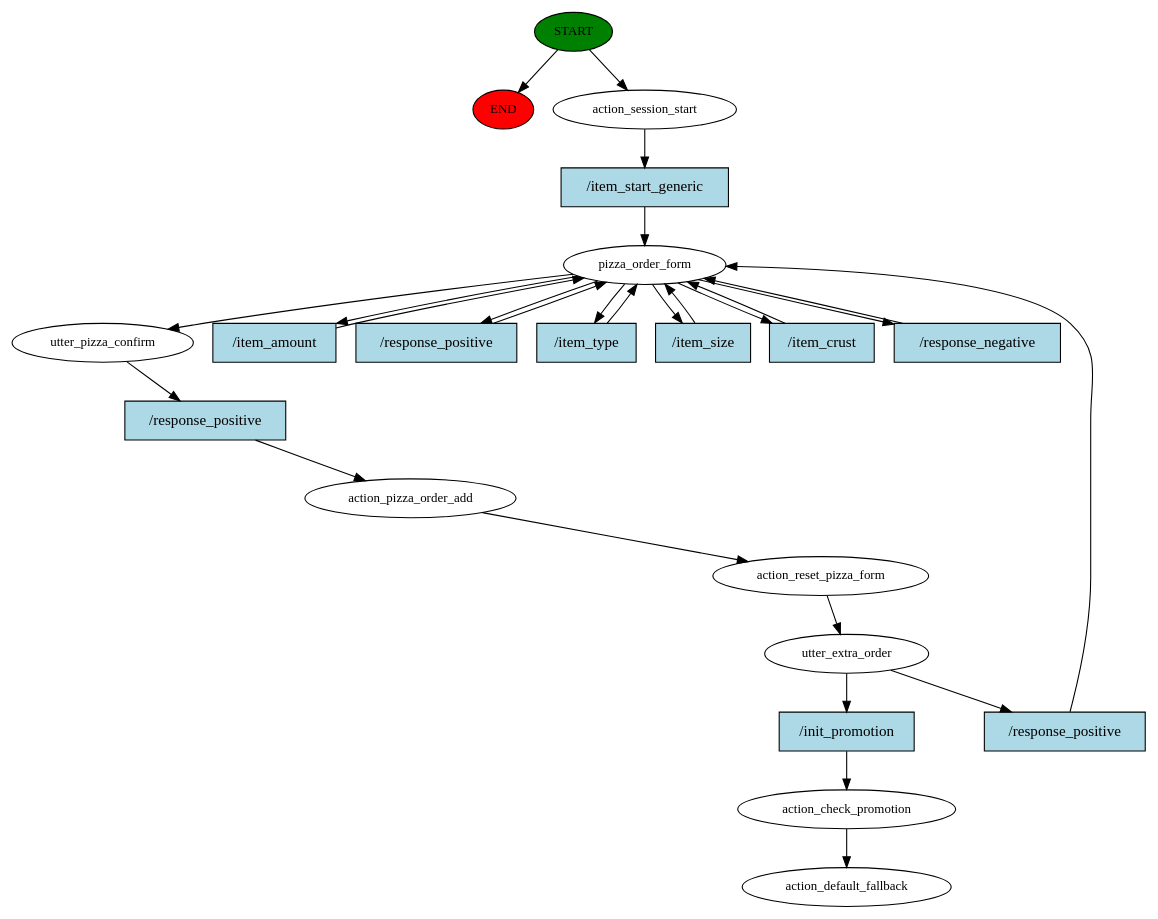
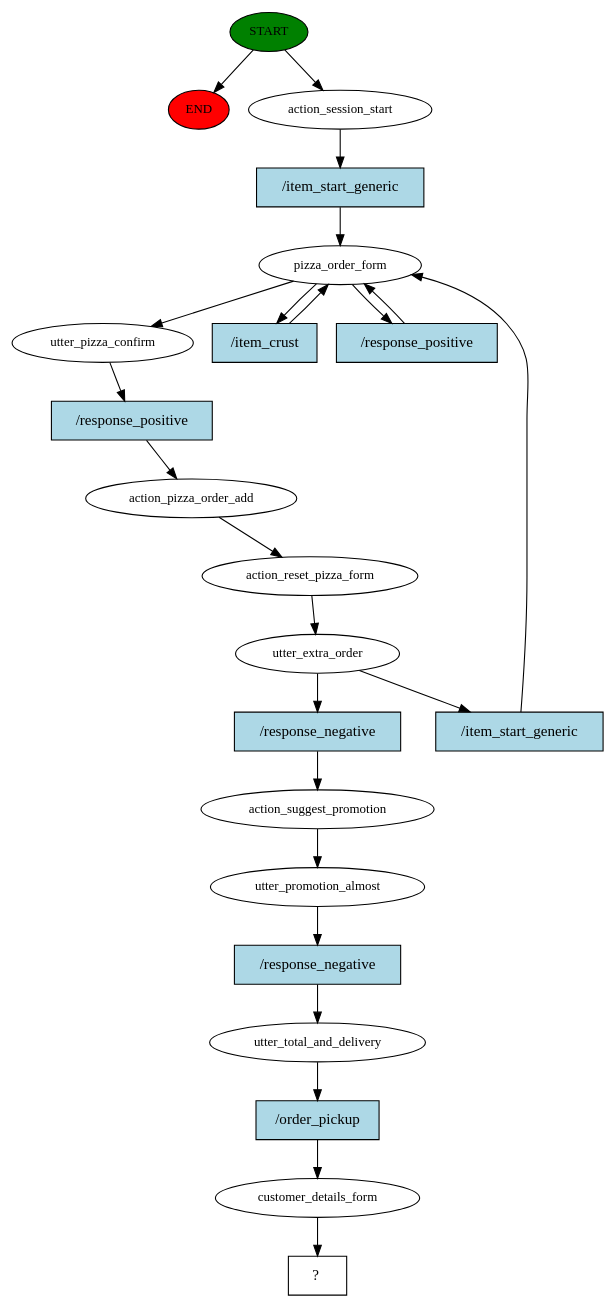
The diagram in story_graph.dot (pasterzewa/HMD-PizzaBot-project), drawn with Graphviz before and after one commit. The commit also changed 321 other files, not shown here.

```diff
--- a/story_graph.dot
+++ b/story_graph.dot
@@ -1,48 +1,46 @@
 digraph  {
 0 [class="start active", fillcolor=green, fontsize=12, label=START, style=filled];
 "-1" [class=end, fillcolor=red, fontsize=12, label=END, style=filled];
 1 [class=active, fontsize=12, label=action_session_start];
 2 [class=active, fontsize=12, label=pizza_order_form];
 5 [class=active, fontsize=12, label=utter_pizza_confirm];
 6 [class=active, fontsize=12, label=action_pizza_order_add];
 7 [class=active, fontsize=12, label=action_reset_pizza_form];
 8 [class=active, fontsize=12, label=utter_extra_order];
-19 [class=active, fontsize=12, label=action_check_promotion];
-20 [class="dashed active", fontsize=12, label=action_default_fallback];
+16 [class=active, fontsize=12, label=action_suggest_promotion];
+17 [class=active, fontsize=12, label=utter_promotion_almost];
+18 [class=active, fontsize=12, label=utter_total_and_delivery];
+19 [class=active, fontsize=12, label=customer_details_form];
+20 [class="intent dashed active", label="  ?  ", shape=rect];
 21 [class="intent active", fillcolor=lightblue, label="/item_start_generic", shape=rect, style=filled];
-22 [class="intent active", fillcolor=lightblue, label="/item_amount", shape=rect, style=filled];
+22 [class="intent active", fillcolor=lightblue, label="/item_crust", shape=rect, style=filled];
 23 [class="intent active", fillcolor=lightblue, label="/response_positive", shape=rect, style=filled];
-24 [class="intent active", fillcolor=lightblue, label="/item_type", shape=rect, style=filled];
-25 [class="intent active", fillcolor=lightblue, label="/item_size", shape=rect, style=filled];
-26 [class="intent active", fillcolor=lightblue, label="/item_crust", shape=rect, style=filled];
+24 [class="intent active", fillcolor=lightblue, label="/response_positive", shape=rect, style=filled];
+25 [class="intent active", fillcolor=lightblue, label="/response_negative", shape=rect, style=filled];
+26 [class="intent active", fillcolor=lightblue, label="/item_start_generic", shape=rect, style=filled];
 27 [class="intent active", fillcolor=lightblue, label="/response_negative", shape=rect, style=filled];
-28 [class="intent active", fillcolor=lightblue, label="/response_positive", shape=rect, style=filled];
-29 [class="intent active", fillcolor=lightblue, label="/init_promotion", shape=rect, style=filled];
-30 [class="intent active", fillcolor=lightblue, label="/response_positive", shape=rect, style=filled];
+28 [class="intent active", fillcolor=lightblue, label="/order_pickup", shape=rect, style=filled];
 0 -> "-1"  [class="", key=NONE, label=""];
 0 -> 1  [class=active, key=NONE, label=""];
 1 -> 21  [class=active, key=0];
 2 -> 5  [class=active, key=NONE, label=""];
 2 -> 22  [class=active, key=0];
 2 -> 23  [class=active, key=0];
-2 -> 24  [class=active, key=0];
-2 -> 25  [class=active, key=0];
-2 -> 26  [class=active, key=0];
-2 -> 27  [class=active, key=0];
-5 -> 28  [class=active, key=0];
+5 -> 24  [class=active, key=0];
 6 -> 7  [class=active, key=NONE, label=""];
 7 -> 8  [class=active, key=NONE, label=""];
-8 -> 29  [class=active, key=0];
-8 -> 30  [class=active, key=0];
+8 -> 25  [class=active, key=0];
+8 -> 26  [class=active, key=0];
+16 -> 17  [class=active, key=NONE, label=""];
+17 -> 27  [class=active, key=0];
+18 -> 28  [class=active, key=0];
 19 -> 20  [class=active, key=NONE, label=""];
 21 -> 2  [class=active, key=0];
 22 -> 2  [class=active, key=0];
 23 -> 2  [class=active, key=0];
-24 -> 2  [class=active, key=0];
-25 -> 2  [class=active, key=0];
+24 -> 6  [class=active, key=0];
+25 -> 16  [class=active, key=0];
 26 -> 2  [class=active, key=0];
-27 -> 2  [class=active, key=0];
-28 -> 6  [class=active, key=0];
-29 -> 19  [class=active, key=0];
-30 -> 2  [class=active, key=0];
+27 -> 18  [class=active, key=0];
+28 -> 19  [class=active, key=0];
 }
```
